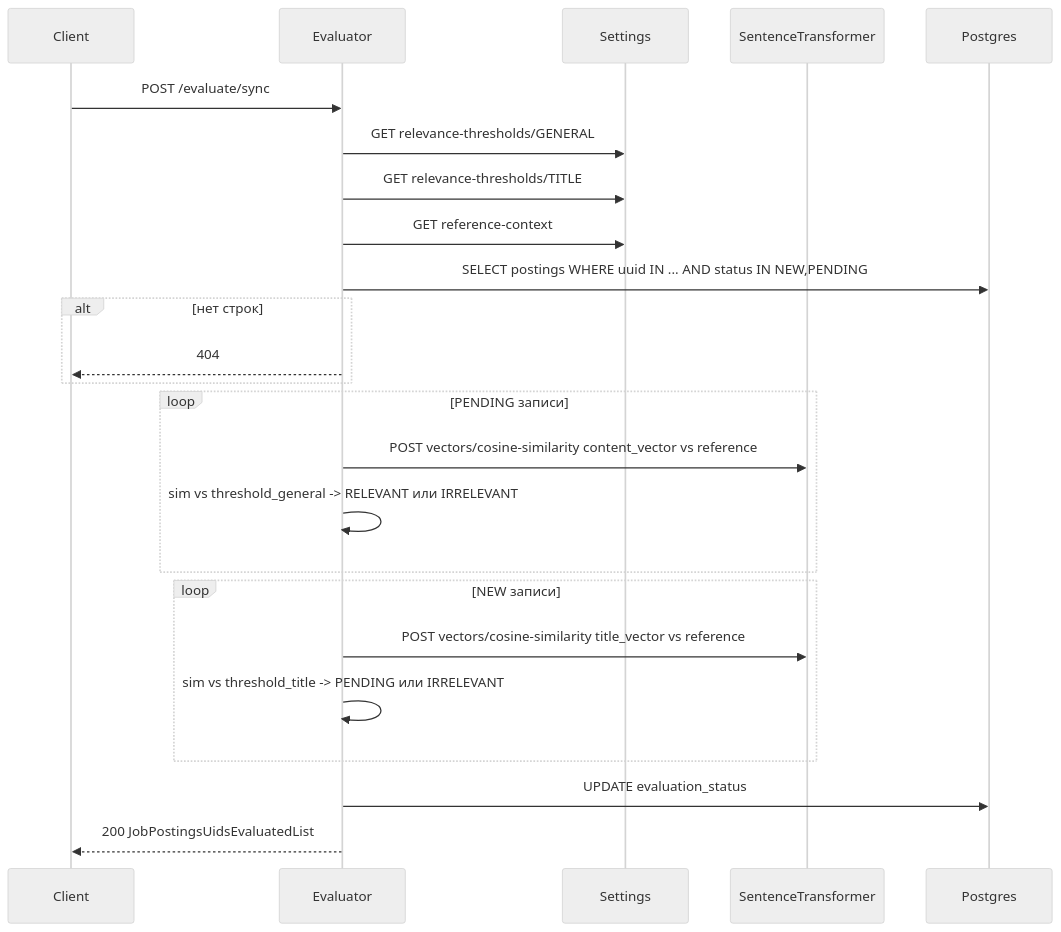
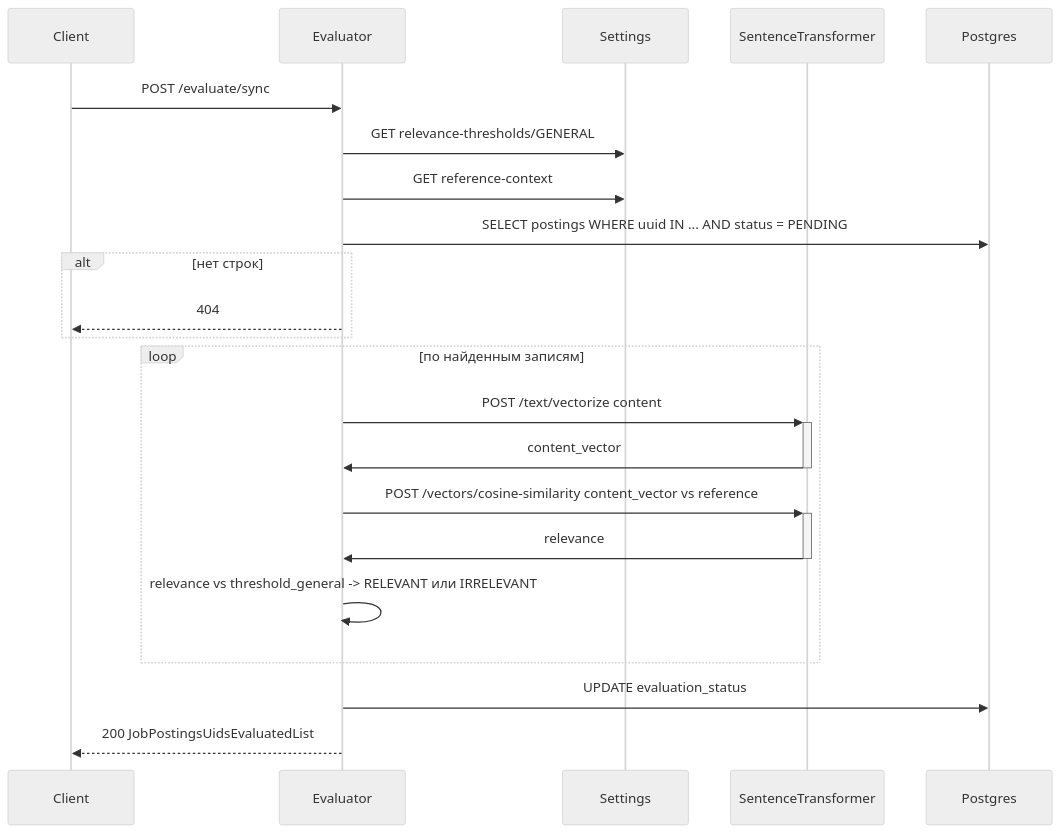
Before and after one commit to joposcragent/specifications: the diagram in services/job-postings-evaluator/readme.md, drawn with Mermaid (neutral theme). The commit also changed other lines of this file, not shown here.

````diff
--- a/services/job-postings-evaluator/readme.md
+++ b/services/job-postings-evaluator/readme.md
@@ -43,27 +47,28 @@
 ```mermaid
 sequenceDiagram
   participant Client
   participant Evaluator
   participant Settings
   participant ST as SentenceTransformer
   participant DB as Postgres
 
   Client->>Evaluator: POST /evaluate/sync
   Evaluator->>Settings: GET relevance-thresholds/GENERAL
-  Evaluator->>Settings: GET relevance-thresholds/TITLE
   Evaluator->>Settings: GET reference-context
-  Evaluator->>DB: SELECT postings WHERE uuid IN ... AND status IN NEW,PENDING
+  Evaluator->>DB: SELECT postings WHERE uuid IN ... AND status = PENDING
   alt нет строк
     Evaluator-->>Client: 404
   end
-  loop PENDING записи
-    Evaluator->>ST: POST vectors/cosine-similarity content_vector vs reference
-    Evaluator->>Evaluator: sim vs threshold_general -> RELEVANT или IRRELEVANT
+  loop по найденным записям
+    Evaluator->>+ST: POST /text/vectorize content
+    ST->>-Evaluator: content_vector
+
+    Evaluator->>+ST: POST /vectors/cosine-similarity content_vector vs reference
+    ST->>-Evaluator: relevance
+
+    Evaluator->>Evaluator: relevance vs threshold_general -> RELEVANT или IRRELEVANT
   end
-  loop NEW записи
-    Evaluator->>ST: POST vectors/cosine-similarity title_vector vs reference
-    Evaluator->>Evaluator: sim vs threshold_title -> PENDING или IRRELEVANT
-  end
+
   Evaluator->>DB: UPDATE evaluation_status
   Evaluator-->>Client: 200 JobPostingsUidsEvaluatedList
 ```
````
